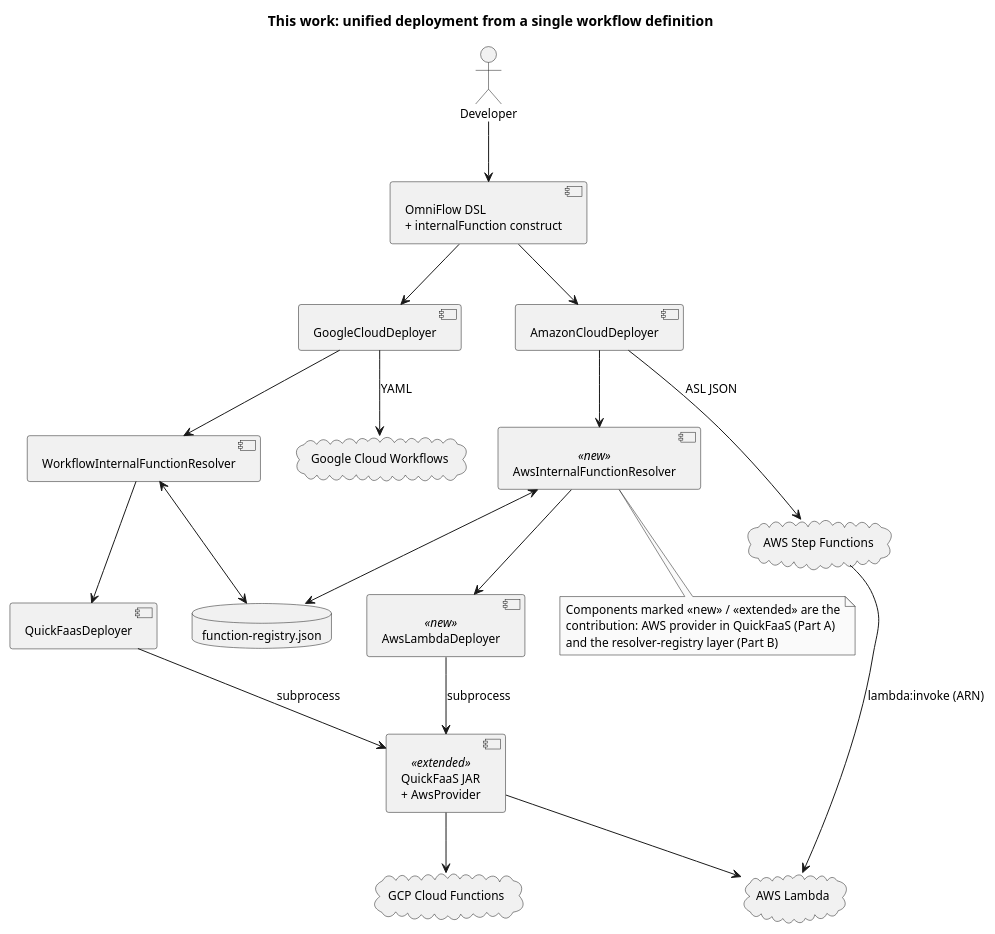
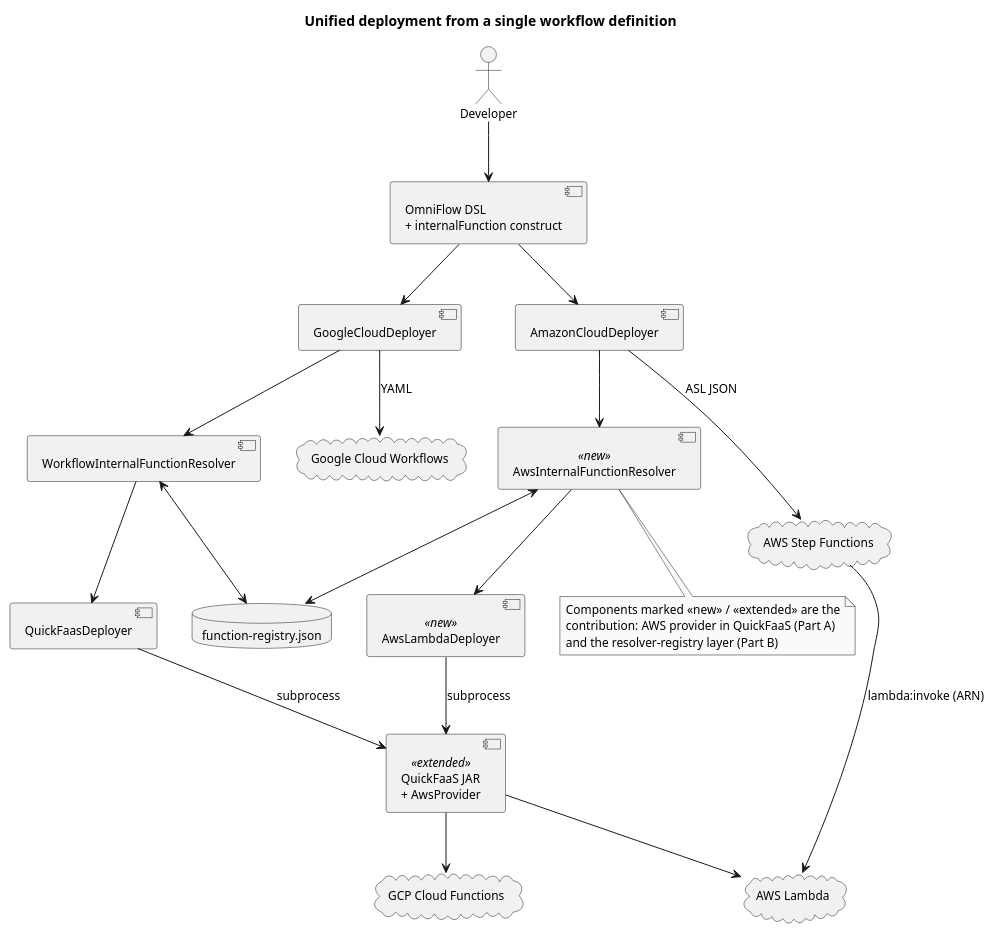
The diagram in diagrams/architecture-after.puml (EngenheiroPedroCarvalho/ISEL-Thesis-2526), drawn with PlantUML before and after one commit. The commit also changed 7 other files, not shown here.

First line of the commit message:
Fix broken diagram renders and wire images/ into the thesis

```diff
--- a/diagrams/architecture-after.puml
+++ b/diagrams/architecture-after.puml
@@ -1,44 +1,44 @@
 @startuml architecture-after
 skinparam monochrome true
 skinparam shadowing false
 skinparam defaultFontSize 12
-title This work: unified deployment from a single workflow definition
+title Unified deployment from a single workflow definition
 
 actor Developer as D2
 component "OmniFlow DSL\n+ internalFunction construct" as DSL2
 component "GoogleCloudDeployer" as GCD2
 component "AmazonCloudDeployer" as ACD2
 component "WorkflowInternalFunctionResolver" as WIFR
 component "AwsInternalFunctionResolver" as AIFR <<new>>
 component "QuickFaasDeployer" as QFD
 component "AwsLambdaDeployer" as ALD <<new>>
 component "QuickFaaS JAR\n+ AwsProvider" as JAR <<extended>>
 database "function-registry.json" as REG
 cloud "Google Cloud Workflows" as GCW2
 cloud "AWS Step Functions" as SF2
 cloud "GCP Cloud Functions" as GFN
 cloud "AWS Lambda" as LAM
 
 D2 --> DSL2
 DSL2 --> GCD2
 DSL2 --> ACD2
 GCD2 --> WIFR
 ACD2 --> AIFR
 WIFR <--> REG
 AIFR <--> REG
 WIFR --> QFD
 AIFR --> ALD
 QFD --> JAR : subprocess
 ALD --> JAR : subprocess
 JAR --> GFN
 JAR --> LAM
 GCD2 --> GCW2 : YAML
 ACD2 --> SF2 : ASL JSON
 SF2 --> LAM : lambda:invoke (ARN)
 
 note bottom of AIFR
   Components marked <<new>> / <<extended>> are the
   contribution: AWS provider in QuickFaaS (Part A)
   and the resolver-registry layer (Part B)
 end note
 @enduml
```
